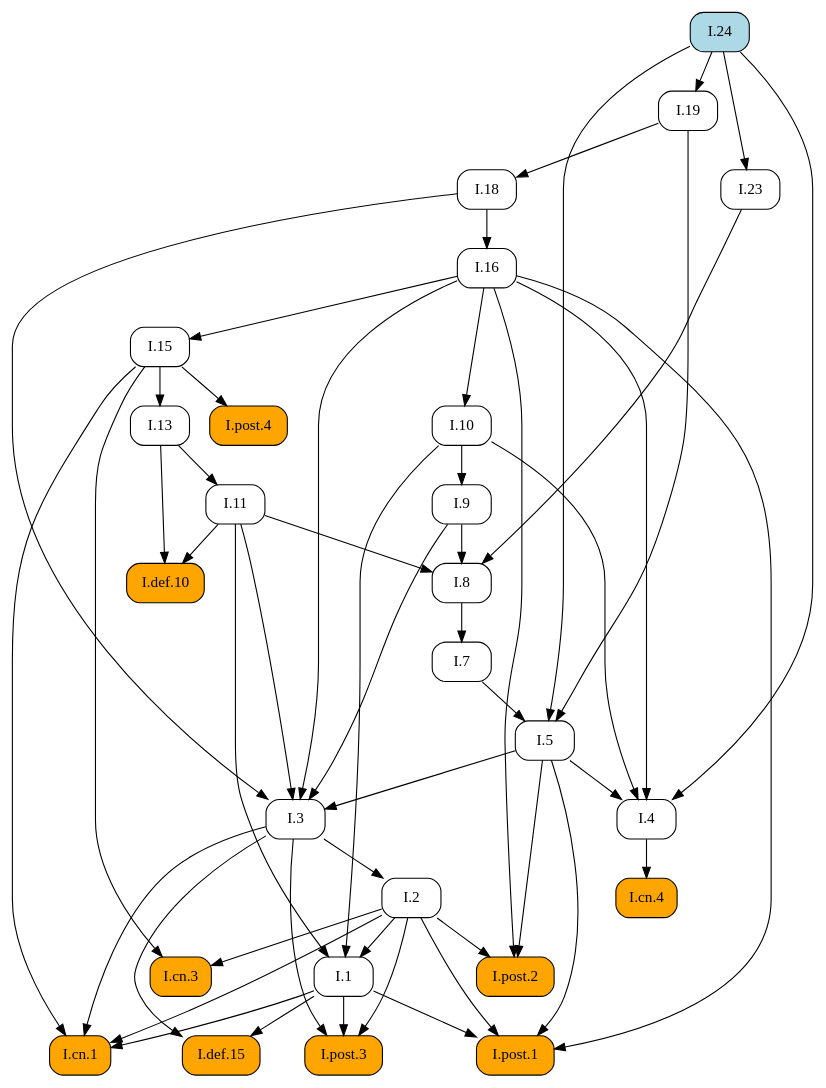
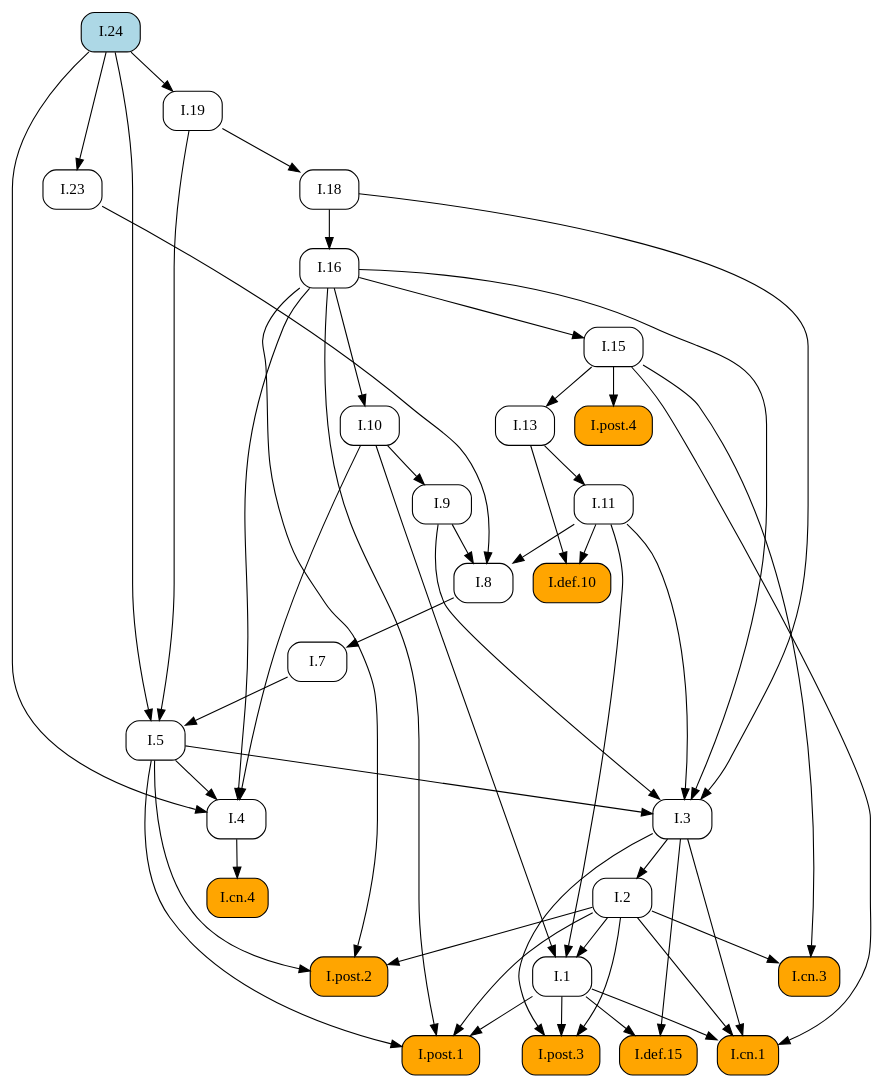
Before and after one commit to geometor/elements: the diagram in docsrc/heath/I/24/index.rst, drawn with Graphviz. The commit also changed other lines of this file and 484 other files, not shown here.

```diff
--- a/docsrc/heath/I/24/index.rst
+++ b/docsrc/heath/I/24/index.rst
@@ -65,81 +65,81 @@
    digraph {
      rankdir="TB";
      node [shape=box, style=rounded];
-     "I.def.10" [style="rounded,filled", fillcolor=orange, URL="/heath/I/def.10/", target="_top"];
-     "I.11" [URL="/heath/I/11/", target="_top"];
-     "I.post.4" [style="rounded,filled", fillcolor=orange, URL="/heath/I/post.4/", target="_top"];
-     "I.1" [URL="/heath/I/1/", target="_top"];
-     "I.7" [URL="/heath/I/7/", target="_top"];
-     "I.3" [URL="/heath/I/3/", target="_top"];
-     "I.24" [style="rounded,filled", fillcolor=lightblue, URL="/heath/I/24/", target="_top"];
-     "I.2" [URL="/heath/I/2/", target="_top"];
-     "I.4" [URL="/heath/I/4/", target="_top"];
-     "I.13" [URL="/heath/I/13/", target="_top"];
-     "I.post.2" [style="rounded,filled", fillcolor=orange, URL="/heath/I/post.2/", target="_top"];
-     "I.18" [URL="/heath/I/18/", target="_top"];
-     "I.16" [URL="/heath/I/16/", target="_top"];
-     "I.def.15" [style="rounded,filled", fillcolor=orange, URL="/heath/I/def.15/", target="_top"];
-     "I.19" [URL="/heath/I/19/", target="_top"];
-     "I.post.3" [style="rounded,filled", fillcolor=orange, URL="/heath/I/post.3/", target="_top"];
+     "I.23" [URL="/heath/I/23/", target="_top"];
      "I.9" [URL="/heath/I/9/", target="_top"];
      "I.cn.1" [style="rounded,filled", fillcolor=orange, URL="/heath/I/cn.1/", target="_top"];
+     "I.7" [URL="/heath/I/7/", target="_top"];
+     "I.2" [URL="/heath/I/2/", target="_top"];
+     "I.def.15" [style="rounded,filled", fillcolor=orange, URL="/heath/I/def.15/", target="_top"];
+     "I.13" [URL="/heath/I/13/", target="_top"];
+     "I.post.4" [style="rounded,filled", fillcolor=orange, URL="/heath/I/post.4/", target="_top"];
+     "I.4" [URL="/heath/I/4/", target="_top"];
+     "I.1" [URL="/heath/I/1/", target="_top"];
+     "I.post.3" [style="rounded,filled", fillcolor=orange, URL="/heath/I/post.3/", target="_top"];
+     "I.post.1" [style="rounded,filled", fillcolor=orange, URL="/heath/I/post.1/", target="_top"];
+     "I.5" [URL="/heath/I/5/", target="_top"];
+     "I.19" [URL="/heath/I/19/", target="_top"];
+     "I.8" [URL="/heath/I/8/", target="_top"];
      "I.cn.3" [style="rounded,filled", fillcolor=orange, URL="/heath/I/cn.3/", target="_top"];
-     "I.8" [URL="/heath/I/8/", target="_top"];
+     "I.16" [URL="/heath/I/16/", target="_top"];
+     "I.def.10" [style="rounded,filled", fillcolor=orange, URL="/heath/I/def.10/", target="_top"];
+     "I.18" [URL="/heath/I/18/", target="_top"];
+     "I.15" [URL="/heath/I/15/", target="_top"];
+     "I.10" [URL="/heath/I/10/", target="_top"];
+     "I.11" [URL="/heath/I/11/", target="_top"];
      "I.cn.4" [style="rounded,filled", fillcolor=orange, URL="/heath/I/cn.4/", target="_top"];
-     "I.23" [URL="/heath/I/23/", target="_top"];
-     "I.15" [URL="/heath/I/15/", target="_top"];
-     "I.post.1" [style="rounded,filled", fillcolor=orange, URL="/heath/I/post.1/", target="_top"];
-     "I.10" [URL="/heath/I/10/", target="_top"];
-     "I.5" [URL="/heath/I/5/", target="_top"];
-     "I.11" -> "I.def.10";
-     "I.13" -> "I.def.10";
-     "I.13" -> "I.11";
+     "I.post.2" [style="rounded,filled", fillcolor=orange, URL="/heath/I/post.2/", target="_top"];
+     "I.24" [style="rounded,filled", fillcolor=lightblue, URL="/heath/I/24/", target="_top"];
+     "I.3" [URL="/heath/I/3/", target="_top"];
+     "I.24" -> "I.23";
+     "I.10" -> "I.9";
+     "I.1" -> "I.cn.1";
+     "I.2" -> "I.cn.1";
+     "I.3" -> "I.cn.1";
+     "I.15" -> "I.cn.1";
+     "I.8" -> "I.7";
+     "I.3" -> "I.2";
+     "I.1" -> "I.def.15";
+     "I.3" -> "I.def.15";
+     "I.15" -> "I.13";
      "I.15" -> "I.post.4";
+     "I.5" -> "I.4";
+     "I.10" -> "I.4";
+     "I.16" -> "I.4";
+     "I.24" -> "I.4";
      "I.2" -> "I.1";
      "I.10" -> "I.1";
      "I.11" -> "I.1";
-     "I.8" -> "I.7";
+     "I.1" -> "I.post.3";
+     "I.2" -> "I.post.3";
+     "I.3" -> "I.post.3";
+     "I.1" -> "I.post.1";
+     "I.2" -> "I.post.1";
+     "I.5" -> "I.post.1";
+     "I.16" -> "I.post.1";
+     "I.7" -> "I.5";
+     "I.19" -> "I.5";
+     "I.24" -> "I.5";
+     "I.24" -> "I.19";
+     "I.9" -> "I.8";
+     "I.11" -> "I.8";
+     "I.23" -> "I.8";
+     "I.2" -> "I.cn.3";
+     "I.15" -> "I.cn.3";
+     "I.18" -> "I.16";
+     "I.11" -> "I.def.10";
+     "I.13" -> "I.def.10";
+     "I.19" -> "I.18";
+     "I.16" -> "I.15";
+     "I.16" -> "I.10";
+     "I.13" -> "I.11";
+     "I.4" -> "I.cn.4";
+     "I.2" -> "I.post.2";
+     "I.5" -> "I.post.2";
+     "I.16" -> "I.post.2";
      "I.5" -> "I.3";
      "I.9" -> "I.3";
      "I.11" -> "I.3";
      "I.16" -> "I.3";
      "I.18" -> "I.3";
-     "I.3" -> "I.2";
-     "I.5" -> "I.4";
-     "I.10" -> "I.4";
-     "I.16" -> "I.4";
-     "I.24" -> "I.4";
-     "I.15" -> "I.13";
-     "I.2" -> "I.post.2";
-     "I.5" -> "I.post.2";
-     "I.16" -> "I.post.2";
-     "I.19" -> "I.18";
-     "I.18" -> "I.16";
-     "I.1" -> "I.def.15";
-     "I.3" -> "I.def.15";
-     "I.24" -> "I.19";
-     "I.1" -> "I.post.3";
-     "I.2" -> "I.post.3";
-     "I.3" -> "I.post.3";
-     "I.10" -> "I.9";
-     "I.1" -> "I.cn.1";
-     "I.2" -> "I.cn.1";
-     "I.3" -> "I.cn.1";
-     "I.15" -> "I.cn.1";
-     "I.2" -> "I.cn.3";
-     "I.15" -> "I.cn.3";
-     "I.9" -> "I.8";
-     "I.11" -> "I.8";
-     "I.23" -> "I.8";
-     "I.4" -> "I.cn.4";
-     "I.24" -> "I.23";
-     "I.16" -> "I.15";
-     "I.1" -> "I.post.1";
-     "I.2" -> "I.post.1";
-     "I.5" -> "I.post.1";
-     "I.16" -> "I.post.1";
-     "I.16" -> "I.10";
-     "I.7" -> "I.5";
-     "I.19" -> "I.5";
-     "I.24" -> "I.5";
    }
```
